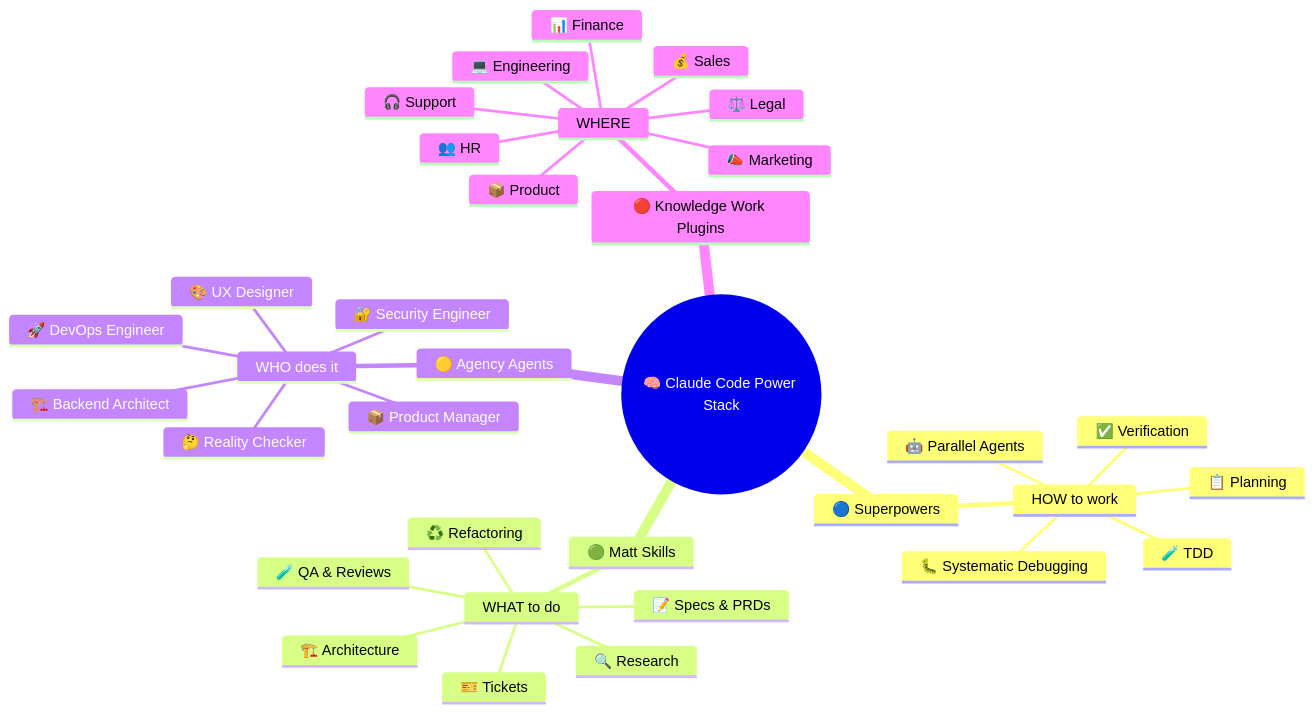
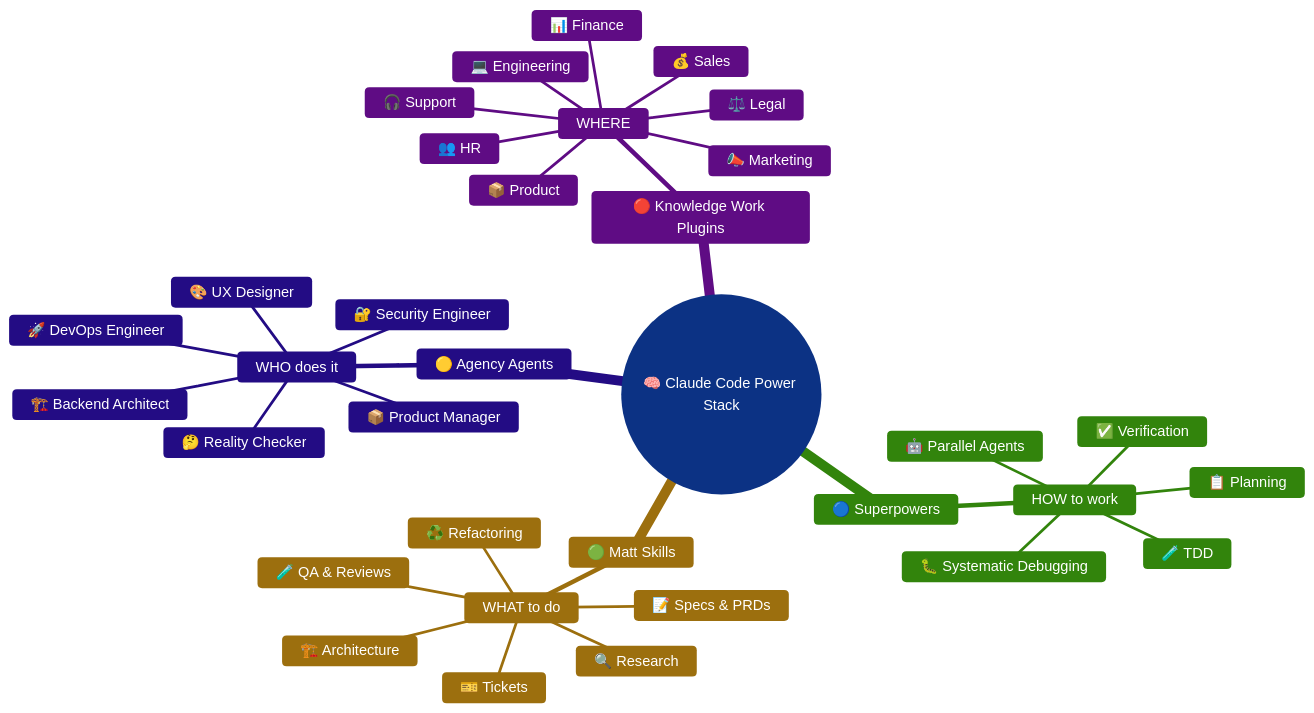
The second of 3 diagrams in docs/part-1-why-use-an-ai-coding-agent-cli.md (evermeer/CodingAgentOrchestration), drawn with Mermaid before and after one commit.

Commit message:
changed colors

````diff
--- a/docs/part-1-why-use-an-ai-coding-agent-cli.md
+++ b/docs/part-1-why-use-an-ai-coding-agent-cli.md
@@ -175,41 +175,48 @@
 ```mermaid
+%%{init: {'theme':'base', 'themeVariables': {
+  'primaryColor':'#2563eb',
+  'primaryTextColor':'#ffffff',
+  'primaryBorderColor':'#1e3a8a',
+  'lineColor':'#64748b',
+  'fontSize':'16px'
+}}}%%
 mindmap
   root((🧠 Claude Code Power Stack))
 
     🔵 Superpowers
       HOW to work
         🧪 TDD
         🐛 Systematic Debugging
         ✅ Verification
         📋 Planning
         🤖 Parallel Agents
 
     🟢 Matt Skills
       WHAT to do
         📝 Specs & PRDs
         🎫 Tickets
         🏗️ Architecture
         🔍 Research
         ♻️ Refactoring
         🧪 QA & Reviews
 
     🟡 Agency Agents
       WHO does it
         🏗️ Backend Architect
         🔐 Security Engineer
         📦 Product Manager
         🎨 UX Designer
         🤔 Reality Checker
         🚀 DevOps Engineer
 
     🔴 Knowledge Work Plugins
       WHERE
         💻 Engineering
         📦 Product
         💰 Sales
         📣 Marketing
         📊 Finance
         ⚖️ Legal
         👥 HR
         🎧 Support
 ```
````
